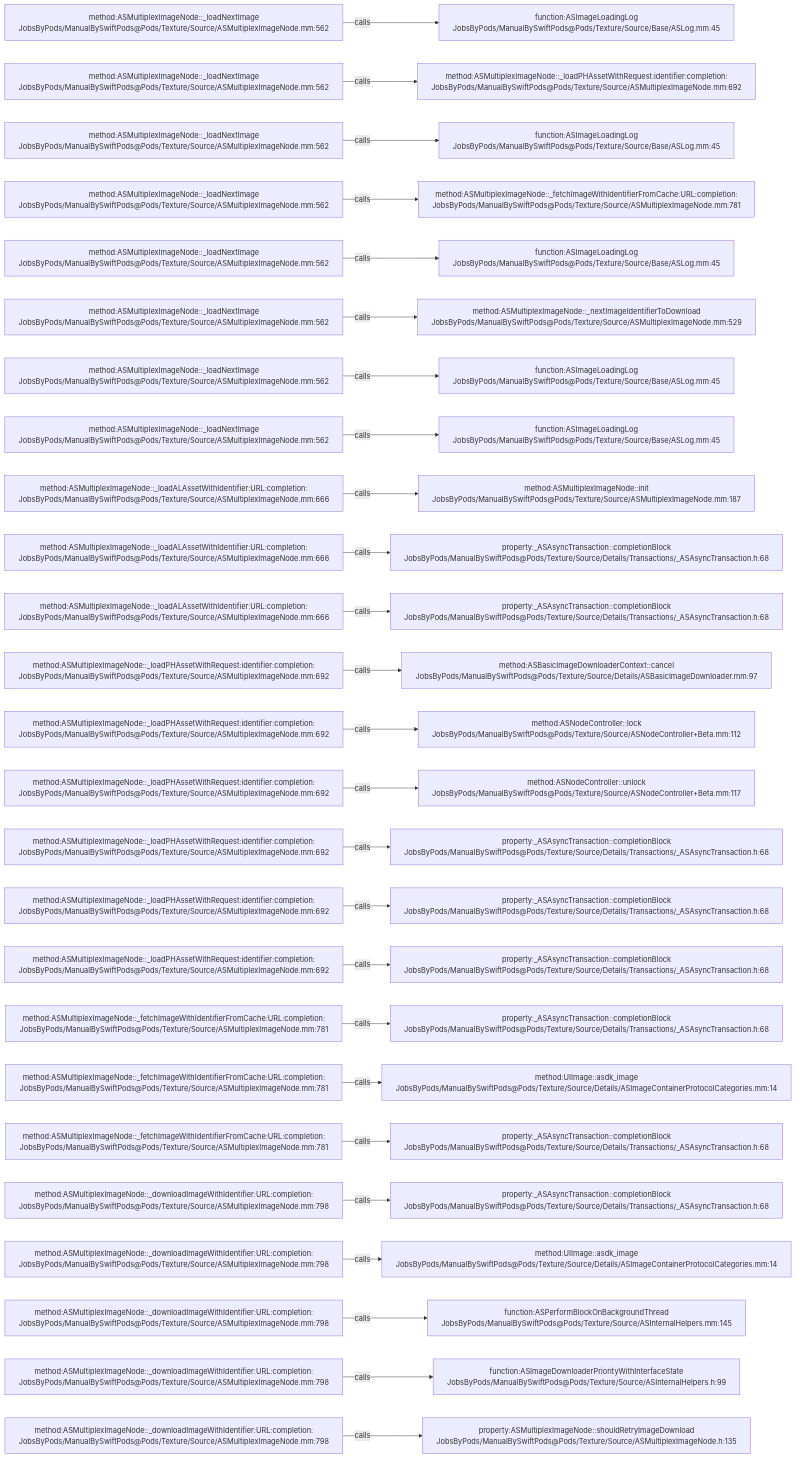
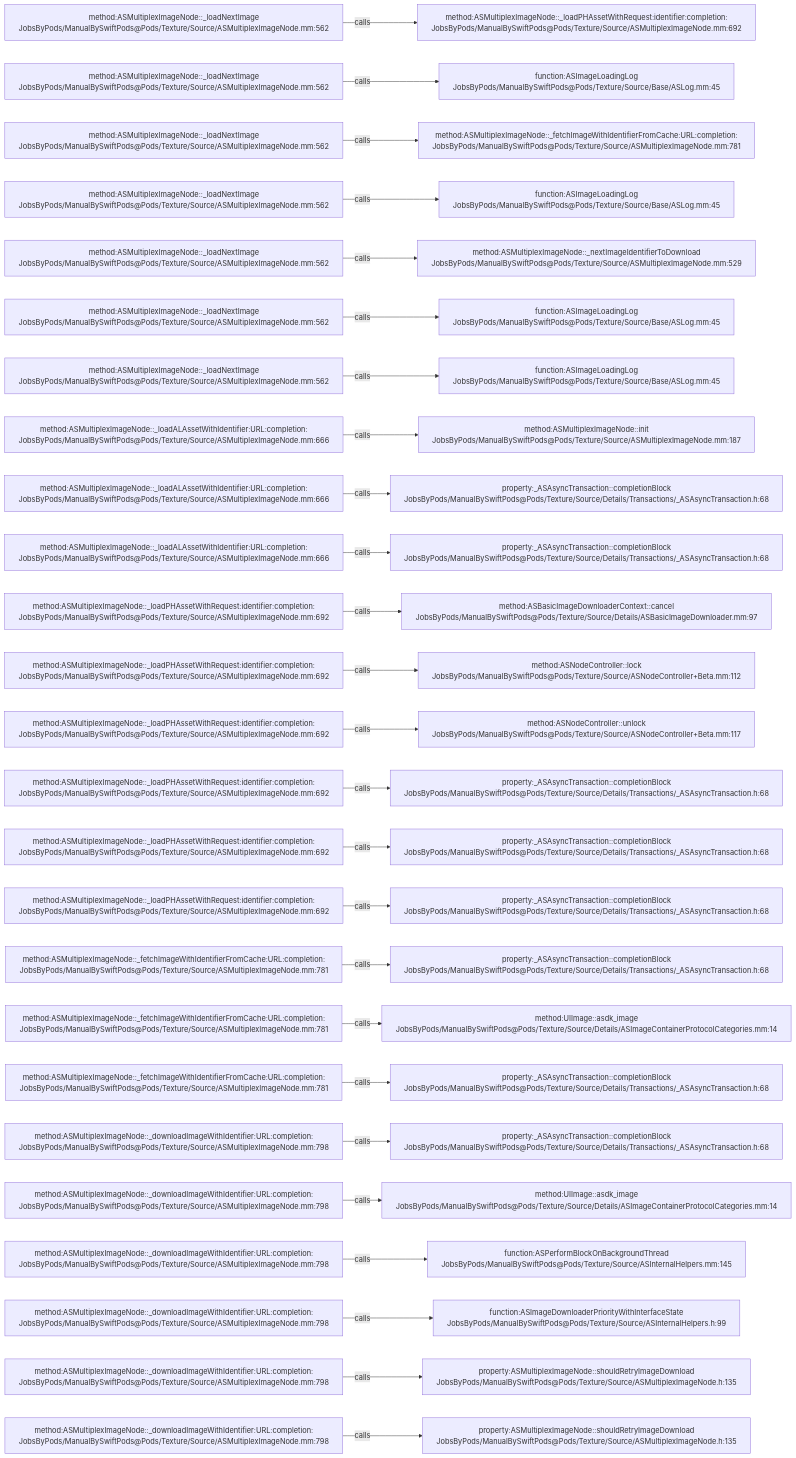
Before and after one commit to JobsKits/JobsSwiftBaseConfigDemo: the diagram in .codegraph/codegraph.md/graphs/calls-048.md, drawn with Mermaid. The commit also changed 747 other files, not shown here.

````diff
--- a/.codegraph/codegraph.md/graphs/calls-048.md
+++ b/.codegraph/codegraph.md/graphs/calls-048.md
@@ -13,78 +13,78 @@
 ```mermaid
 flowchart LR
   S1["method:ASMultiplexImageNode::_loadNextImage<br/>JobsByPods/ManualBySwiftPods@Pods/Texture/Source/ASMultiplexImageNode.mm:562"]
-  T1["function:ASImageLoadingLog<br/>JobsByPods/ManualBySwiftPods@Pods/Texture/Source/Base/ASLog.mm:45"]
+  T1["method:ASMultiplexImageNode::_loadPHAssetWithRequest:identifier:completion:<br/>JobsByPods/ManualBySwiftPods@Pods/Texture/Source/ASMultiplexImageNode.mm:692"]
   S1 -->|calls| T1
   S2["method:ASMultiplexImageNode::_loadNextImage<br/>JobsByPods/ManualBySwiftPods@Pods/Texture/Source/ASMultiplexImageNode.mm:562"]
-  T2["method:ASMultiplexImageNode::_loadPHAssetWithRequest:identifier:completion:<br/>JobsByPods/ManualBySwiftPods@Pods/Texture/Source/ASMultiplexImageNode.mm:692"]
+  T2["function:ASImageLoadingLog<br/>JobsByPods/ManualBySwiftPods@Pods/Texture/Source/Base/ASLog.mm:45"]
   S2 -->|calls| T2
   S3["method:ASMultiplexImageNode::_loadNextImage<br/>JobsByPods/ManualBySwiftPods@Pods/Texture/Source/ASMultiplexImageNode.mm:562"]
-  T3["function:ASImageLoadingLog<br/>JobsByPods/ManualBySwiftPods@Pods/Texture/Source/Base/ASLog.mm:45"]
+  T3["method:ASMultiplexImageNode::_fetchImageWithIdentifierFromCache:URL:completion:<br/>JobsByPods/ManualBySwiftPods@Pods/Texture/Source/ASMultiplexImageNode.mm:781"]
   S3 -->|calls| T3
   S4["method:ASMultiplexImageNode::_loadNextImage<br/>JobsByPods/ManualBySwiftPods@Pods/Texture/Source/ASMultiplexImageNode.mm:562"]
-  T4["method:ASMultiplexImageNode::_fetchImageWithIdentifierFromCache:URL:completion:<br/>JobsByPods/ManualBySwiftPods@Pods/Texture/Source/ASMultiplexImageNode.mm:781"]
+  T4["function:ASImageLoadingLog<br/>JobsByPods/ManualBySwiftPods@Pods/Texture/Source/Base/ASLog.mm:45"]
   S4 -->|calls| T4
   S5["method:ASMultiplexImageNode::_loadNextImage<br/>JobsByPods/ManualBySwiftPods@Pods/Texture/Source/ASMultiplexImageNode.mm:562"]
-  T5["function:ASImageLoadingLog<br/>JobsByPods/ManualBySwiftPods@Pods/Texture/Source/Base/ASLog.mm:45"]
+  T5["method:ASMultiplexImageNode::_nextImageIdentifierToDownload<br/>JobsByPods/ManualBySwiftPods@Pods/Texture/Source/ASMultiplexImageNode.mm:529"]
   S5 -->|calls| T5
   S6["method:ASMultiplexImageNode::_loadNextImage<br/>JobsByPods/ManualBySwiftPods@Pods/Texture/Source/ASMultiplexImageNode.mm:562"]
-  T6["method:ASMultiplexImageNode::_nextImageIdentifierToDownload<br/>JobsByPods/ManualBySwiftPods@Pods/Texture/Source/ASMultiplexImageNode.mm:529"]
+  T6["function:ASImageLoadingLog<br/>JobsByPods/ManualBySwiftPods@Pods/Texture/Source/Base/ASLog.mm:45"]
   S6 -->|calls| T6
   S7["method:ASMultiplexImageNode::_loadNextImage<br/>JobsByPods/ManualBySwiftPods@Pods/Texture/Source/ASMultiplexImageNode.mm:562"]
   T7["function:ASImageLoadingLog<br/>JobsByPods/ManualBySwiftPods@Pods/Texture/Source/Base/ASLog.mm:45"]
   S7 -->|calls| T7
-  S8["method:ASMultiplexImageNode::_loadNextImage<br/>JobsByPods/ManualBySwiftPods@Pods/Texture/Source/ASMultiplexImageNode.mm:562"]
-  T8["function:ASImageLoadingLog<br/>JobsByPods/ManualBySwiftPods@Pods/Texture/Source/Base/ASLog.mm:45"]
+  S8["method:ASMultiplexImageNode::_loadALAssetWithIdentifier:URL:completion:<br/>JobsByPods/ManualBySwiftPods@Pods/Texture/Source/ASMultiplexImageNode.mm:666"]
+  T8["method:ASMultiplexImageNode::init<br/>JobsByPods/ManualBySwiftPods@Pods/Texture/Source/ASMultiplexImageNode.mm:187"]
   S8 -->|calls| T8
   S9["method:ASMultiplexImageNode::_loadALAssetWithIdentifier:URL:completion:<br/>JobsByPods/ManualBySwiftPods@Pods/Texture/Source/ASMultiplexImageNode.mm:666"]
-  T9["method:ASMultiplexImageNode::init<br/>JobsByPods/ManualBySwiftPods@Pods/Texture/Source/ASMultiplexImageNode.mm:187"]
+  T9["property:_ASAsyncTransaction::completionBlock<br/>JobsByPods/ManualBySwiftPods@Pods/Texture/Source/Details/Transactions/_ASAsyncTransaction.h:68"]
   S9 -->|calls| T9
   S10["method:ASMultiplexImageNode::_loadALAssetWithIdentifier:URL:completion:<br/>JobsByPods/ManualBySwiftPods@Pods/Texture/Source/ASMultiplexImageNode.mm:666"]
   T10["property:_ASAsyncTransaction::completionBlock<br/>JobsByPods/ManualBySwiftPods@Pods/Texture/Source/Details/Transactions/_ASAsyncTransaction.h:68"]
   S10 -->|calls| T10
-  S11["method:ASMultiplexImageNode::_loadALAssetWithIdentifier:URL:completion:<br/>JobsByPods/ManualBySwiftPods@Pods/Texture/Source/ASMultiplexImageNode.mm:666"]
-  T11["property:_ASAsyncTransaction::completionBlock<br/>JobsByPods/ManualBySwiftPods@Pods/Texture/Source/Details/Transactions/_ASAsyncTransaction.h:68"]
+  S11["method:ASMultiplexImageNode::_loadPHAssetWithRequest:identifier:completion:<br/>JobsByPods/ManualBySwiftPods@Pods/Texture/Source/ASMultiplexImageNode.mm:692"]
+  T11["method:ASBasicImageDownloaderContext::cancel<br/>JobsByPods/ManualBySwiftPods@Pods/Texture/Source/Details/ASBasicImageDownloader.mm:97"]
   S11 -->|calls| T11
   S12["method:ASMultiplexImageNode::_loadPHAssetWithRequest:identifier:completion:<br/>JobsByPods/ManualBySwiftPods@Pods/Texture/Source/ASMultiplexImageNode.mm:692"]
-  T12["method:ASBasicImageDownloaderContext::cancel<br/>JobsByPods/ManualBySwiftPods@Pods/Texture/Source/Details/ASBasicImageDownloader.mm:97"]
+  T12["method:ASNodeController::lock<br/>JobsByPods/ManualBySwiftPods@Pods/Texture/Source/ASNodeController+Beta.mm:112"]
   S12 -->|calls| T12
   S13["method:ASMultiplexImageNode::_loadPHAssetWithRequest:identifier:completion:<br/>JobsByPods/ManualBySwiftPods@Pods/Texture/Source/ASMultiplexImageNode.mm:692"]
-  T13["method:ASNodeController::lock<br/>JobsByPods/ManualBySwiftPods@Pods/Texture/Source/ASNodeController+Beta.mm:112"]
+  T13["method:ASNodeController::unlock<br/>JobsByPods/ManualBySwiftPods@Pods/Texture/Source/ASNodeController+Beta.mm:117"]
   S13 -->|calls| T13
   S14["method:ASMultiplexImageNode::_loadPHAssetWithRequest:identifier:completion:<br/>JobsByPods/ManualBySwiftPods@Pods/Texture/Source/ASMultiplexImageNode.mm:692"]
-  T14["method:ASNodeController::unlock<br/>JobsByPods/ManualBySwiftPods@Pods/Texture/Source/ASNodeController+Beta.mm:117"]
+  T14["property:_ASAsyncTransaction::completionBlock<br/>JobsByPods/ManualBySwiftPods@Pods/Texture/Source/Details/Transactions/_ASAsyncTransaction.h:68"]
   S14 -->|calls| T14
   S15["method:ASMultiplexImageNode::_loadPHAssetWithRequest:identifier:completion:<br/>JobsByPods/ManualBySwiftPods@Pods/Texture/Source/ASMultiplexImageNode.mm:692"]
   T15["property:_ASAsyncTransaction::completionBlock<br/>JobsByPods/ManualBySwiftPods@Pods/Texture/Source/Details/Transactions/_ASAsyncTransaction.h:68"]
   S15 -->|calls| T15
   S16["method:ASMultiplexImageNode::_loadPHAssetWithRequest:identifier:completion:<br/>JobsByPods/ManualBySwiftPods@Pods/Texture/Source/ASMultiplexImageNode.mm:692"]
   T16["property:_ASAsyncTransaction::completionBlock<br/>JobsByPods/ManualBySwiftPods@Pods/Texture/Source/Details/Transactions/_ASAsyncTransaction.h:68"]
   S16 -->|calls| T16
-  S17["method:ASMultiplexImageNode::_loadPHAssetWithRequest:identifier:completion:<br/>JobsByPods/ManualBySwiftPods@Pods/Texture/Source/ASMultiplexImageNode.mm:692"]
+  S17["method:ASMultiplexImageNode::_fetchImageWithIdentifierFromCache:URL:completion:<br/>JobsByPods/ManualBySwiftPods@Pods/Texture/Source/ASMultiplexImageNode.mm:781"]
   T17["property:_ASAsyncTransaction::completionBlock<br/>JobsByPods/ManualBySwiftPods@Pods/Texture/Source/Details/Transactions/_ASAsyncTransaction.h:68"]
   S17 -->|calls| T17
   S18["method:ASMultiplexImageNode::_fetchImageWithIdentifierFromCache:URL:completion:<br/>JobsByPods/ManualBySwiftPods@Pods/Texture/Source/ASMultiplexImageNode.mm:781"]
-  T18["property:_ASAsyncTransaction::completionBlock<br/>JobsByPods/ManualBySwiftPods@Pods/Texture/Source/Details/Transactions/_ASAsyncTransaction.h:68"]
+  T18["method:UIImage::asdk_image<br/>JobsByPods/ManualBySwiftPods@Pods/Texture/Source/Details/ASImageContainerProtocolCategories.mm:14"]
   S18 -->|calls| T18
   S19["method:ASMultiplexImageNode::_fetchImageWithIdentifierFromCache:URL:completion:<br/>JobsByPods/ManualBySwiftPods@Pods/Texture/Source/ASMultiplexImageNode.mm:781"]
-  T19["method:UIImage::asdk_image<br/>JobsByPods/ManualBySwiftPods@Pods/Texture/Source/Details/ASImageContainerProtocolCategories.mm:14"]
+  T19["property:_ASAsyncTransaction::completionBlock<br/>JobsByPods/ManualBySwiftPods@Pods/Texture/Source/Details/Transactions/_ASAsyncTransaction.h:68"]
   S19 -->|calls| T19
-  S20["method:ASMultiplexImageNode::_fetchImageWithIdentifierFromCache:URL:completion:<br/>JobsByPods/ManualBySwiftPods@Pods/Texture/Source/ASMultiplexImageNode.mm:781"]
+  S20["method:ASMultiplexImageNode::_downloadImageWithIdentifier:URL:completion:<br/>JobsByPods/ManualBySwiftPods@Pods/Texture/Source/ASMultiplexImageNode.mm:798"]
   T20["property:_ASAsyncTransaction::completionBlock<br/>JobsByPods/ManualBySwiftPods@Pods/Texture/Source/Details/Transactions/_ASAsyncTransaction.h:68"]
   S20 -->|calls| T20
   S21["method:ASMultiplexImageNode::_downloadImageWithIdentifier:URL:completion:<br/>JobsByPods/ManualBySwiftPods@Pods/Texture/Source/ASMultiplexImageNode.mm:798"]
-  T21["property:_ASAsyncTransaction::completionBlock<br/>JobsByPods/ManualBySwiftPods@Pods/Texture/Source/Details/Transactions/_ASAsyncTransaction.h:68"]
+  T21["method:UIImage::asdk_image<br/>JobsByPods/ManualBySwiftPods@Pods/Texture/Source/Details/ASImageContainerProtocolCategories.mm:14"]
   S21 -->|calls| T21
   S22["method:ASMultiplexImageNode::_downloadImageWithIdentifier:URL:completion:<br/>JobsByPods/ManualBySwiftPods@Pods/Texture/Source/ASMultiplexImageNode.mm:798"]
-  T22["method:UIImage::asdk_image<br/>JobsByPods/ManualBySwiftPods@Pods/Texture/Source/Details/ASImageContainerProtocolCategories.mm:14"]
+  T22["function:ASPerformBlockOnBackgroundThread<br/>JobsByPods/ManualBySwiftPods@Pods/Texture/Source/ASInternalHelpers.mm:145"]
   S22 -->|calls| T22
   S23["method:ASMultiplexImageNode::_downloadImageWithIdentifier:URL:completion:<br/>JobsByPods/ManualBySwiftPods@Pods/Texture/Source/ASMultiplexImageNode.mm:798"]
-  T23["function:ASPerformBlockOnBackgroundThread<br/>JobsByPods/ManualBySwiftPods@Pods/Texture/Source/ASInternalHelpers.mm:145"]
+  T23["function:ASImageDownloaderPriorityWithInterfaceState<br/>JobsByPods/ManualBySwiftPods@Pods/Texture/Source/ASInternalHelpers.h:99"]
   S23 -->|calls| T23
   S24["method:ASMultiplexImageNode::_downloadImageWithIdentifier:URL:completion:<br/>JobsByPods/ManualBySwiftPods@Pods/Texture/Source/ASMultiplexImageNode.mm:798"]
-  T24["function:ASImageDownloaderPriorityWithInterfaceState<br/>JobsByPods/ManualBySwiftPods@Pods/Texture/Source/ASInternalHelpers.h:99"]
+  T24["property:ASMultiplexImageNode::shouldRetryImageDownload<br/>JobsByPods/ManualBySwiftPods@Pods/Texture/Source/ASMultiplexImageNode.h:135"]
   S24 -->|calls| T24
   S25["method:ASMultiplexImageNode::_downloadImageWithIdentifier:URL:completion:<br/>JobsByPods/ManualBySwiftPods@Pods/Texture/Source/ASMultiplexImageNode.mm:798"]
   T25["property:ASMultiplexImageNode::shouldRetryImageDownload<br/>JobsByPods/ManualBySwiftPods@Pods/Texture/Source/ASMultiplexImageNode.h:135"]
   S25 -->|calls| T25
 ```
````
